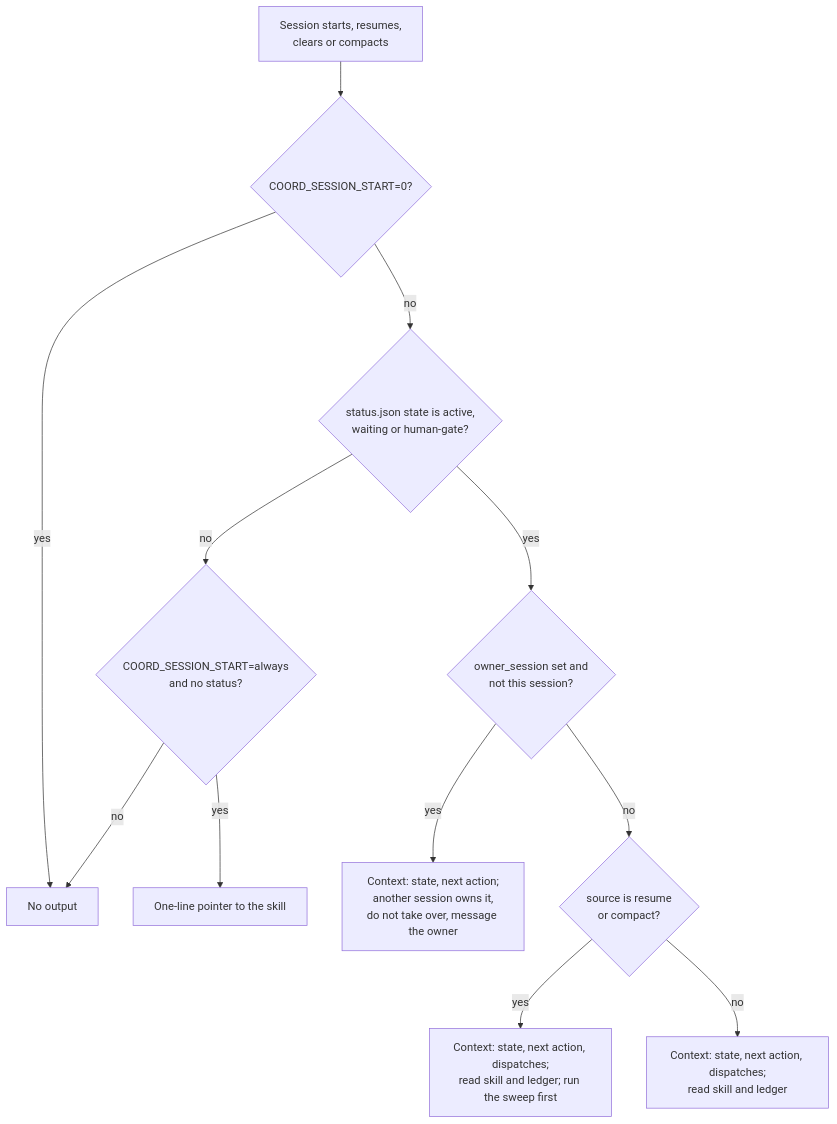
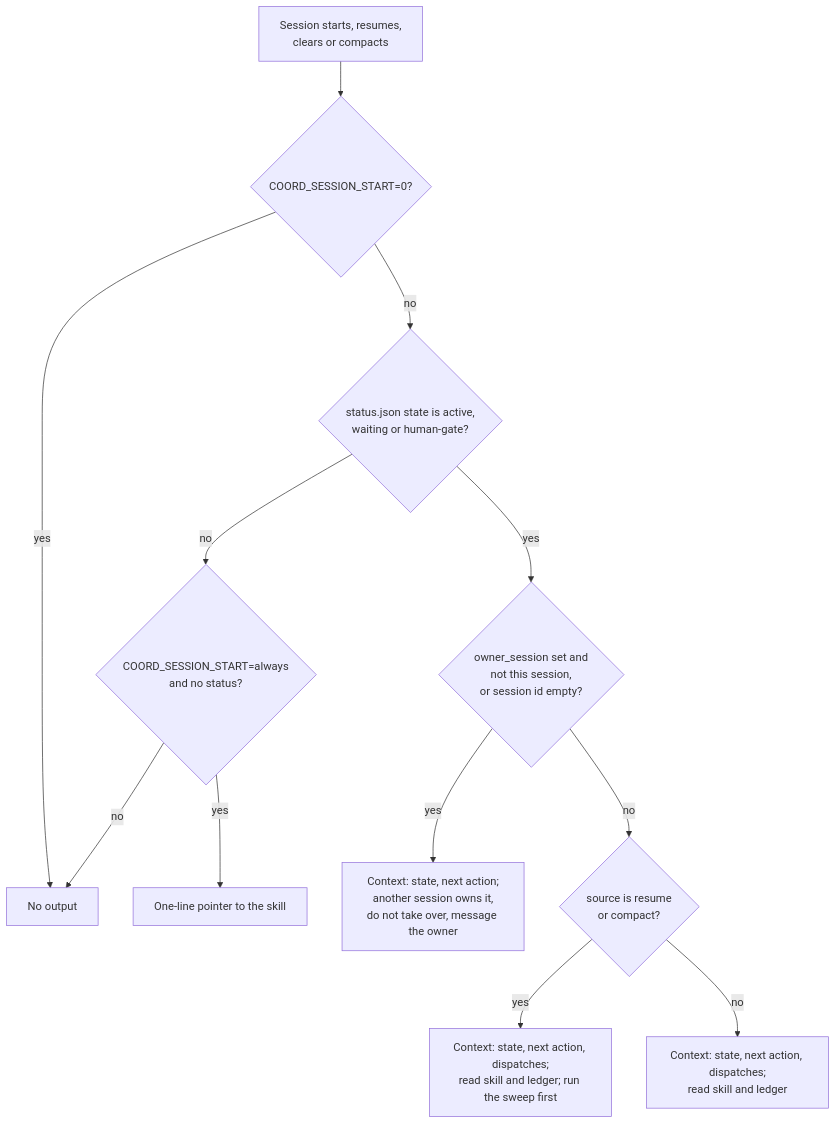
Before and after one commit to mejasonmejason/execution-coordinator: the ninth of 12 diagrams in docs/OVERVIEW.md, drawn with Mermaid. The commit also changed 2 other files, not shown here.

Commit message:
Docs: an empty session_id also makes the caller a non-owner
The hook comment, references/keepalive.md and the OVERVIEW diagram now
say what the code does (review on #29).

Claude-Session: https://claude.ai/code/session_01Tnnr75NBNLemXNHEJaoNPE

````diff
--- a/docs/OVERVIEW.md
+++ b/docs/OVERVIEW.md
@@ -210,14 +210,14 @@
 ```mermaid
 flowchart TD
   S0["Session starts, resumes,<br/>clears or compacts"] --> Z{"COORD_SESSION_START=0?"}
   Z -- "yes" --> N0["No output"]
   Z -- "no" --> F0{"status.json state is active,<br/>waiting or human-gate?"}
   F0 -- "no" --> A0{"COORD_SESSION_START=always<br/>and no status?"}
   A0 -- "yes" --> P0["One-line pointer to the skill"]
   A0 -- "no" --> N0
-  F0 -- "yes" --> O0{"owner_session set and<br/>not this session?"}
+  F0 -- "yes" --> O0{"owner_session set and<br/>not this session,<br/>or session id empty?"}
   O0 -- "yes" --> X0["Context: state, next action;<br/>another session owns it,<br/>do not take over, message the owner"]
   O0 -- "no" --> R0{"source is resume<br/>or compact?"}
   R0 -- "yes" --> W0["Context: state, next action, dispatches;<br/>read skill and ledger; run the sweep first"]
   R0 -- "no" --> V0["Context: state, next action, dispatches;<br/>read skill and ledger"]
 ```
````
